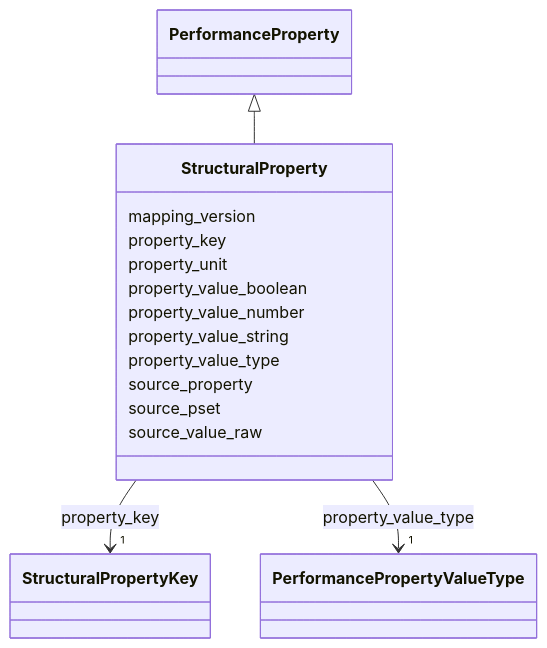
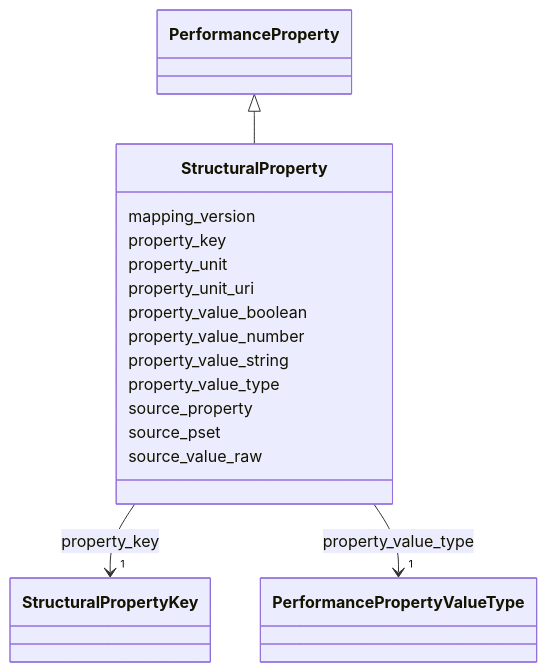
The diagram in latest/schema/StructuralProperty.md (simondilhas/pragmatic-bim-data-contract), drawn with Mermaid before and after one commit. The commit also changed other lines of this file and 1314 other files, not shown here.

````diff
--- a/latest/schema/StructuralProperty.md
+++ b/latest/schema/StructuralProperty.md
@@ -18,47 +23,49 @@
 ```mermaid
  classDiagram
     class StructuralProperty
     click StructuralProperty href "../StructuralProperty/"
       PerformanceProperty <|-- StructuralProperty
         click PerformanceProperty href "../PerformanceProperty/"
       
       StructuralProperty : mapping_version
         
       StructuralProperty : property_key
         
           
     
         
         
         StructuralProperty --> "1" StructuralPropertyKey : property_key
         click StructuralPropertyKey href "../StructuralPropertyKey/"
     
 
         
       StructuralProperty : property_unit
+        
+      StructuralProperty : property_unit_uri
         
       StructuralProperty : property_value_boolean
         
       StructuralProperty : property_value_number
         
       StructuralProperty : property_value_string
         
       StructuralProperty : property_value_type
         
           
     
         
         
         StructuralProperty --> "1" PerformancePropertyValueType : property_value_type
         click PerformancePropertyValueType href "../PerformancePropertyValueType/"
     
 
         
       StructuralProperty : source_property
         
       StructuralProperty : source_pset
         
       StructuralProperty : source_value_raw
         
       
 ```
````
